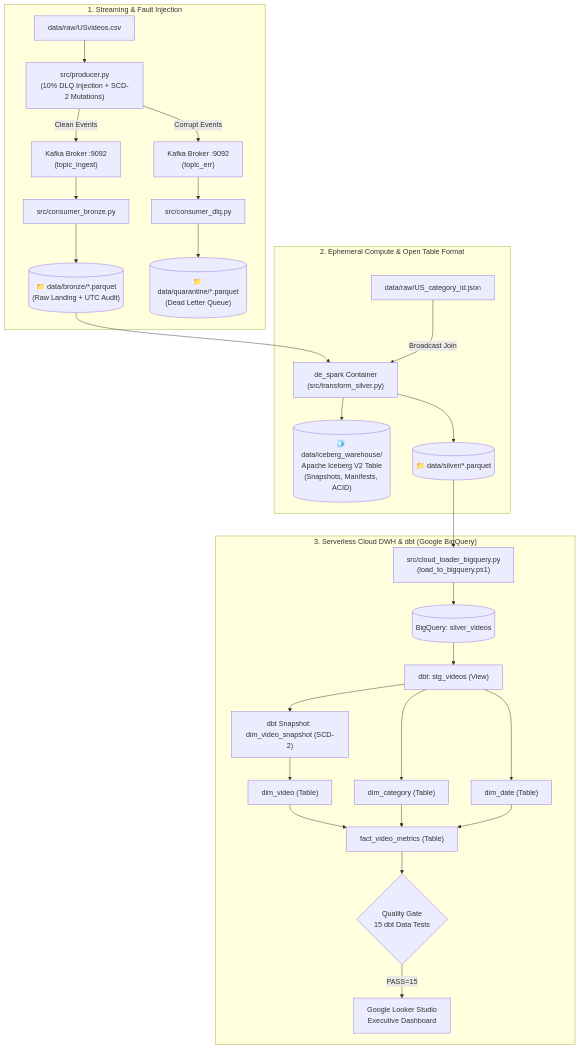
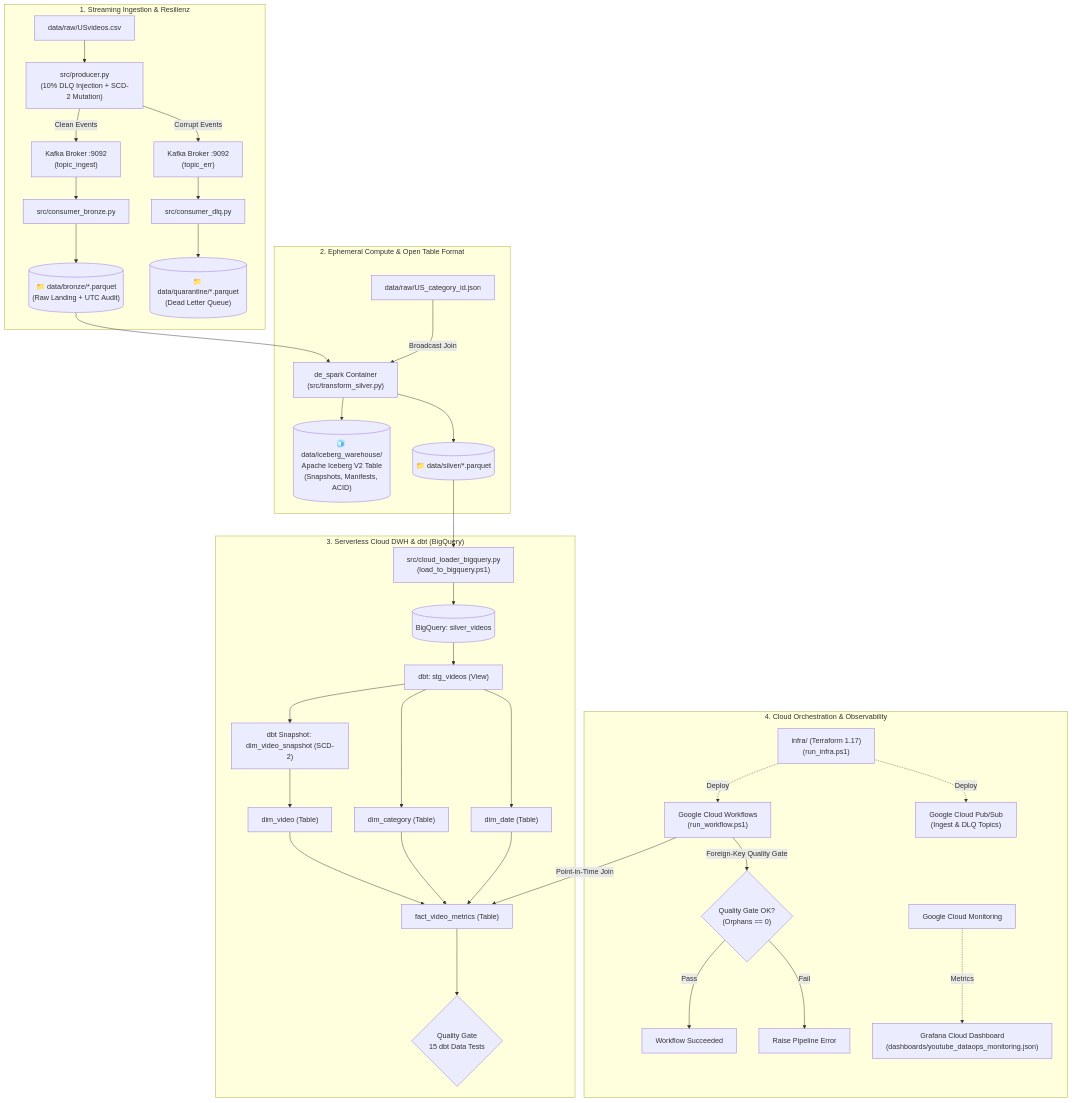
Before and after one commit to BHW80/DE_Capstone_2026: the first of 2 diagrams in README.md, drawn with Mermaid. The commit also changed other lines of this file, not shown here.

Commit message:
docs: overhaul README with foolproof end-to-end guide, GCP prerequisites and script reference

````diff
--- a/README.md
+++ b/README.md
@@ -125,38 +76,47 @@
 ```mermaid
 flowchart TD
-    subgraph Streaming ["1. Streaming & Fault Injection"]
-        RAW["data/raw/USvideos.csv"] --> PROD["src/producer.py\n(10% DLQ Injection + SCD-2 Mutations)"]
+    subgraph Streaming ["1. Streaming Ingestion & Resilienz"]
+        RAW["data/raw/USvideos.csv"] --> PROD["src/producer.py\n(10% DLQ Injection + SCD-2 Mutation)"]
         PROD -->|Clean Events| KAFKA["Kafka Broker :9092\n(topic_ingest)"]
         PROD -->|Corrupt Events| DLQ["Kafka Broker :9092\n(topic_err)"]
         KAFKA --> BRONZE_C["src/consumer_bronze.py"]
         DLQ --> DLQ_C["src/consumer_dlq.py"]
         BRONZE_C --> BRONZE_P[("📁 data/bronze/*.parquet\n(Raw Landing + UTC Audit)")]
         DLQ_C --> QUAR_P[("📁 data/quarantine/*.parquet\n(Dead Letter Queue)")]
     end
 
     subgraph Lakehouse ["2. Ephemeral Compute & Open Table Format"]
         BRONZE_P --> SPARK_SILVER["de_spark Container\n(src/transform_silver.py)"]
         CAT_JSON["data/raw/US_category_id.json"] -->|Broadcast Join| SPARK_SILVER
         SPARK_SILVER --> ICEBERG[("🧊 data/iceberg_warehouse/\nApache Iceberg V2 Table\n(Snapshots, Manifests, ACID)")]
         SPARK_SILVER --> SILVER_P[("📁 data/silver/*.parquet")]
     end
 
-    subgraph DWH ["3. Serverless Cloud DWH & dbt (Google BigQuery)"]
+    subgraph DWH ["3. Serverless Cloud DWH & dbt (BigQuery)"]
         SILVER_P --> BQ_LOADER["src/cloud_loader_bigquery.py\n(load_to_bigquery.ps1)"]
         BQ_LOADER --> BQ_RAW[("BigQuery: silver_videos")]
         
         BQ_RAW --> DBT_STG["dbt: stg_videos (View)"]
         DBT_STG --> DBT_SNAP["dbt Snapshot: dim_video_snapshot (SCD-2)"]
-        
         DBT_SNAP --> DIM_V["dim_video (Table)"]
         DBT_STG --> DIM_C["dim_category (Table)"]
         DBT_STG --> DIM_D["dim_date (Table)"]
         
         DIM_V --> FACT["fact_video_metrics (Table)"]
         DIM_C --> FACT
         DIM_D --> FACT
         
-        FACT --> TESTS{"Quality Gate\n15 dbt Data Tests"}
-        TESTS -->|PASS=15| BI["Google Looker Studio\nExecutive Dashboard"]
+        FACT --> DBT_TESTS{"Quality Gate\n15 dbt Data Tests"}
+    end
+
+    subgraph CloudOps ["4. Cloud Orchestration & Observability"]
+        TERRAFORM["infra/ (Terraform 1.17)\n(run_infra.ps1)"] -.->|Deploy| WORKFLOW["Google Cloud Workflows\n(run_workflow.ps1)"]
+        TERRAFORM -.->|Deploy| PUBSUB["Google Cloud Pub/Sub\n(Ingest & DLQ Topics)"]
+        WORKFLOW -->|Point-in-Time Join| FACT
+        WORKFLOW -->|Foreign-Key Quality Gate| Q_CHECK{"Quality Gate OK?\n(Orphans == 0)"}
+        Q_CHECK -->|Pass| SUCCESS["Workflow Succeeded"]
+        Q_CHECK -->|Fail| RAISE["Raise Pipeline Error"]
+        
+        GCP_MON["Google Cloud Monitoring"] -.->|Metrics| GRAFANA["Grafana Cloud Dashboard\n(dashboards/youtube_dataops_monitoring.json)"]
     end
 ```
````
